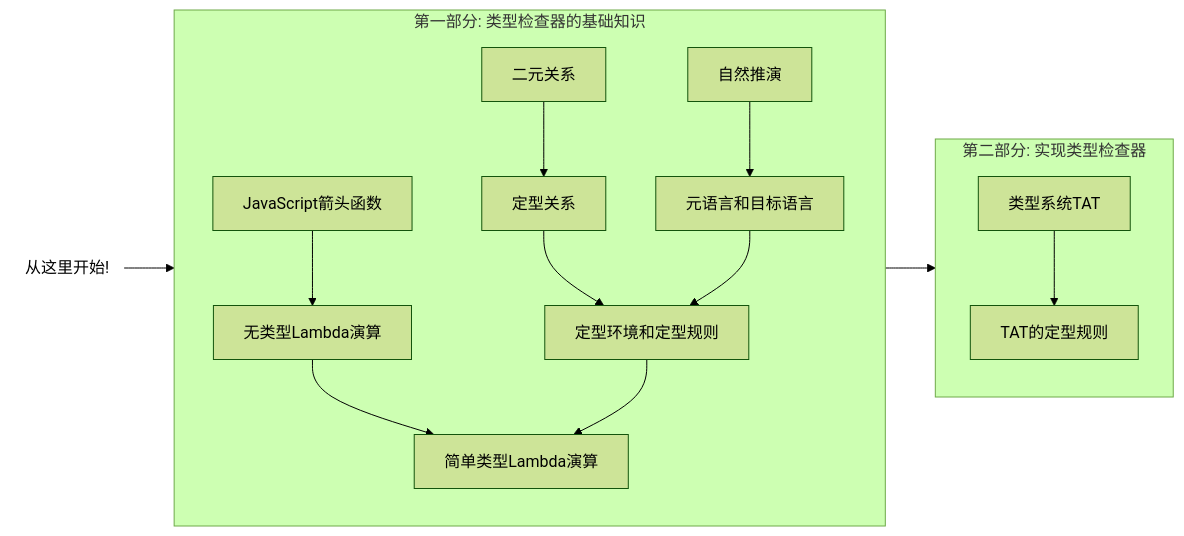
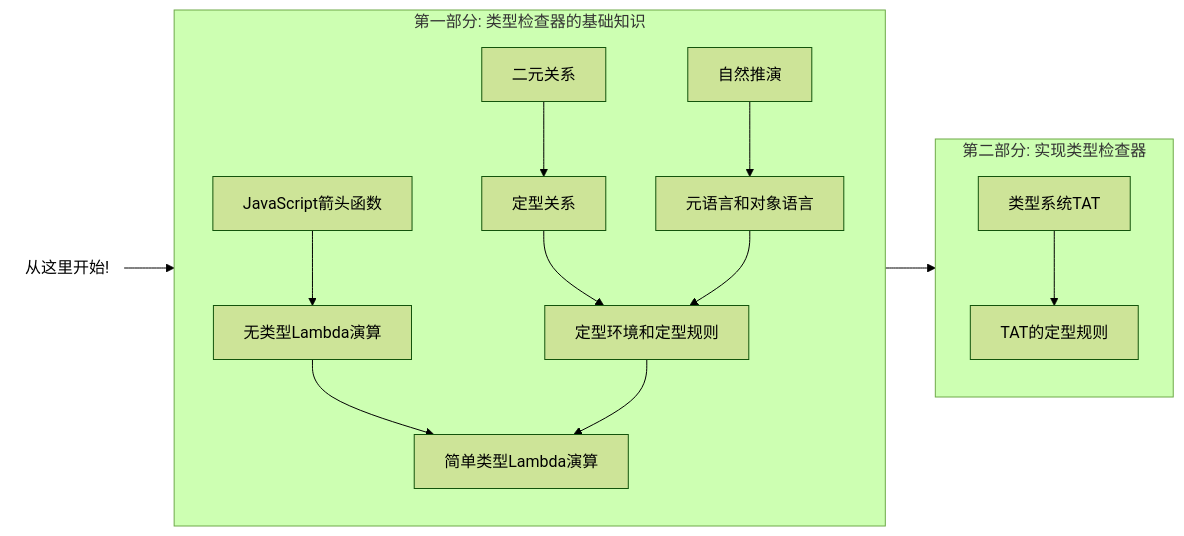
Before and after one commit to suica/write-you-a-typescript: the diagram in slides/slides.md, drawn with Mermaid (forest theme). The commit also changed other lines of this file, not shown here.

Commit message:
feat(section 2): more examples in meta languages & variables

````diff
--- a/slides/slides.md
+++ b/slides/slides.md
@@ -444,23 +444,23 @@
 ```mermaid {scale: 0.9}
 flowchart LR
   subgraph Part1[第一部分: 类型检查器的基础知识]
     direction TB
     ArrowFunction[JavaScript箭头函数] --> UTLC[无类型Lambda演算]
     UTLC --> STLC
     BinaryRelation[二元关系] --> TypingRelation[定型关系]
     TypingRelation --> TypingContext[定型环境和定型规则]
     TypingContext --> STLC[简单类型Lambda演算]
     NaturalDeduction[自然推演] --> MetaLanguage
-    MetaLanguage[元语言和目标语言] --> TypingContext
+    MetaLanguage[元语言和对象语言] --> TypingContext
   end
 
   subgraph Part2[第二部分: 实现类型检查器]
     direction TB
     TAT[类型系统TAT] --> TATRules[TAT的定型规则]
   end
 
   Start(从这里开始!) --> Part1 --> Part2
   style Start fill:none,stroke:none
 
 
 ```
````
